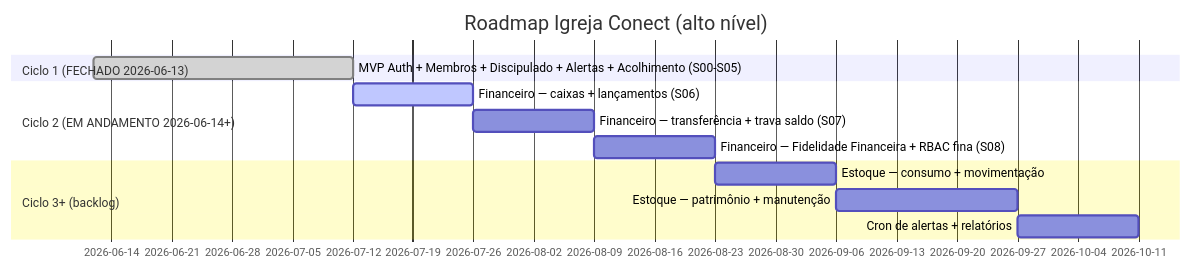
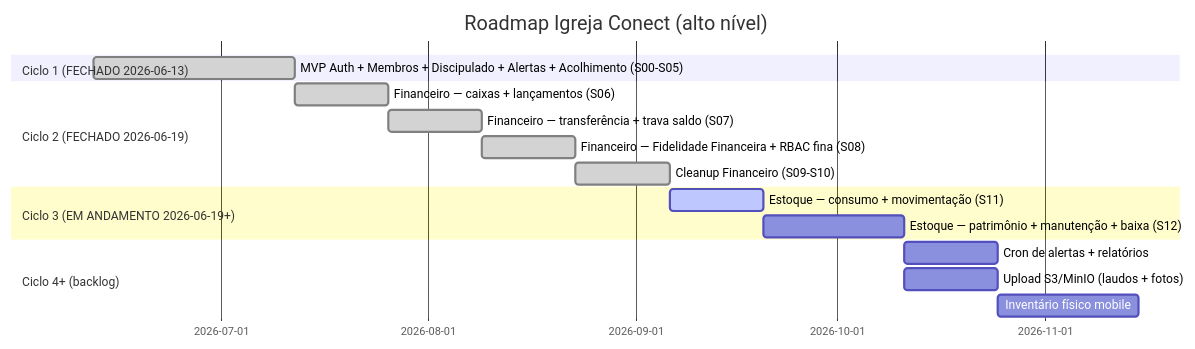
Before and after one commit to alexandre-henrique-rp/igreja_conect: diagram 18 of 21 in docs/architecture/ARCH.md, drawn with Mermaid. The commit also changed other lines of this file and 23 other files, not shown here.

````diff
--- a/docs/architecture/ARCH.md
+++ b/docs/architecture/ARCH.md
@@ -692,15 +1057,19 @@
 ```mermaid
 gantt
     title Roadmap Igreja Conect (alto nível)
     dateFormat YYYY-MM-DD
     section Ciclo 1 (FECHADO 2026-06-13)
     MVP Auth + Membros + Discipulado + Alertas + Acolhimento (S00-S05) :done, mvp, 2026-06-12, 30d
-    section Ciclo 2 (EM ANDAMENTO 2026-06-14+)
-    Financeiro — caixas + lançamentos (S06) :active, fin1, after mvp, 14d
-    Financeiro — transferência + trava saldo (S07) :fin2, after fin1, 14d
-    Financeiro — Fidelidade Financeira + RBAC fina (S08) :fin3, after fin2, 14d
-    section Ciclo 3+ (backlog)
-    Estoque — consumo + movimentação :est1, after fin3, 14d
-    Estoque — patrimônio + manutenção :est2, after est1, 21d
+    section Ciclo 2 (FECHADO 2026-06-19)
+    Financeiro — caixas + lançamentos (S06) :done, fin1, after mvp, 14d
+    Financeiro — transferência + trava saldo (S07) :done, fin2, after fin1, 14d
+    Financeiro — Fidelidade Financeira + RBAC fina (S08) :done, fin3, after fin2, 14d
+    Cleanup Financeiro (S09-S10) :done, fin4, after fin3, 14d
+    section Ciclo 3 (EM ANDAMENTO 2026-06-19+)
+    Estoque — consumo + movimentação (S11) :active, est1, after fin4, 14d
+    Estoque — patrimônio + manutenção + baixa (S12) :est2, after est1, 21d
+    section Ciclo 4+ (backlog)
     Cron de alertas + relatórios :cron, after est2, 14d
+    Upload S3/MinIO (laudos + fotos) :s3, after est2, 14d
+    Inventário físico mobile :inv, after s3, 21d
 ```
````
